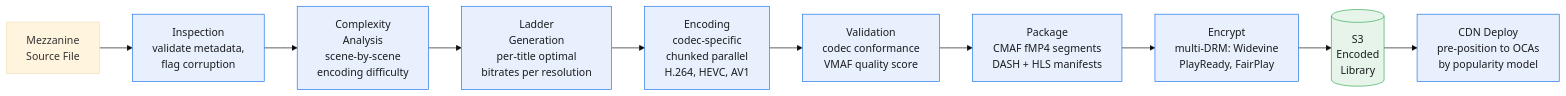
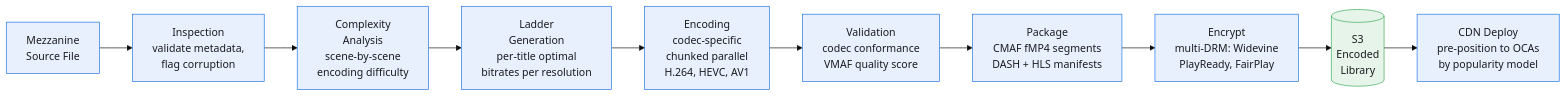
Before and after one commit to iliazlobin/iliazlobin.github.io: the third of 3 diagrams in _posts/2026-07-02-system-design-netflix.md, drawn with Mermaid (base theme). The commit also changed other lines of this file and 45 other files, not shown here.

First line of the commit message:
Republish all posts from Notion: fix mermaid errors, drop §7 Trade-offs (#88)

````diff
--- a/_posts/2026-07-02-system-design-netflix.md
+++ b/_posts/2026-07-02-system-design-netflix.md
@@ -172,17 +177,18 @@
 ```mermaid
 graph LR
     MEZZ[Mezzanine<br/>Source File] --> INSPECT[Inspection<br/>validate metadata,<br/>flag corruption]
     INSPECT --> COMPLEX[Complexity<br/>Analysis<br/>scene-by-scene<br/>encoding difficulty]
     COMPLEX --> LADDER[Ladder<br/>Generation<br/>per-title optimal<br/>bitrates per resolution]
     LADDER --> ENCODE[Encoding<br/>codec-specific<br/>chunked parallel<br/>H.264, HEVC, AV1]
     ENCODE --> VALIDATE[Validation<br/>codec conformance<br/>VMAF quality score]
     VALIDATE --> PACKAGE[Package<br/>CMAF fMP4 segments<br/>DASH + HLS manifests]
     PACKAGE --> ENCRYPT[Encrypt<br/>multi-DRM: Widevine<br/>PlayReady, FairPlay]
     ENCRYPT --> S3_FINAL[(S3<br/>Encoded<br/>Library)]
     S3_FINAL --> DEPLOY[CDN Deploy<br/>pre-position to OCAs<br/>by popularity model]
 
     classDef svc fill:#e8f0fe,stroke:#1a73e8,color:#1a1c1e
     classDef store fill:#e6f4ea,stroke:#34a853,color:#1a1c1e
     class INSPECT,COMPLEX,LADDER,ENCODE,VALIDATE,PACKAGE,ENCRYPT,DEPLOY svc
     class S3_FINAL store
+    class MEZZ svc
 ```
````
